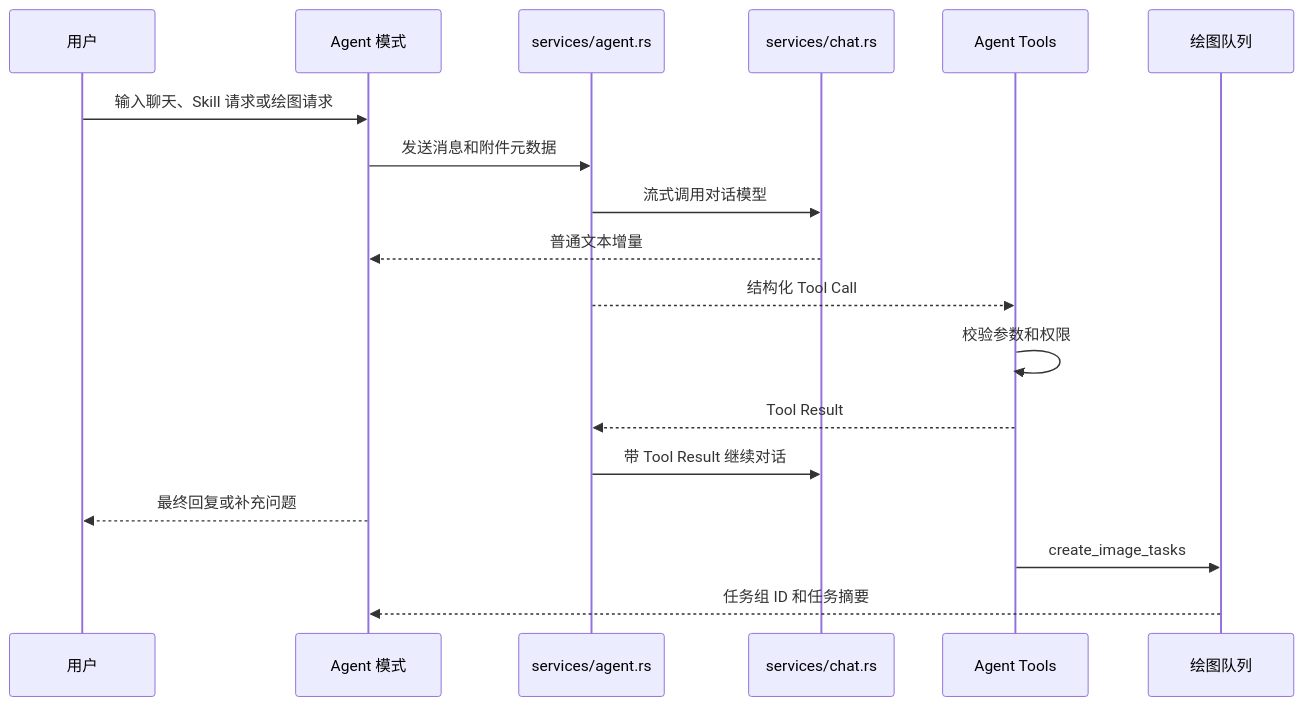
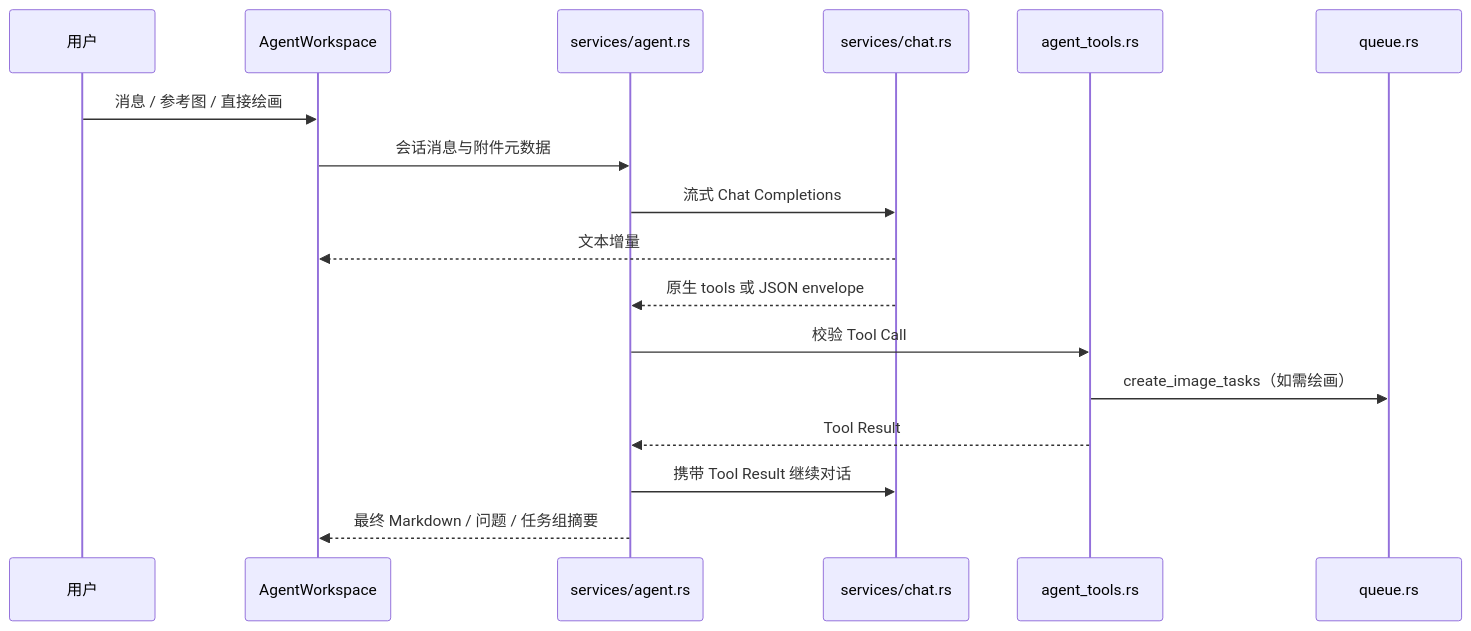
Before and after one commit to Tairraos/image-forge: the second of 3 diagrams in docs/technical-design.md, drawn with Mermaid. The commit also changed other lines of this file and 1 other file, not shown here.

````diff
--- a/docs/technical-design.md
+++ b/docs/technical-design.md
@@ -328,21 +122,20 @@
 ```mermaid
 sequenceDiagram
   participant User as 用户
-  participant AgentUI as Agent 模式
+  participant UI as AgentWorkspace
   participant Agent as services/agent.rs
   participant Chat as services/chat.rs
-  participant Tools as Agent Tools
-  participant Queue as 绘图队列
+  participant Tools as agent_tools.rs
+  participant Queue as queue.rs
 
-  User->>AgentUI: 输入聊天、Skill 请求或绘图请求
-  AgentUI->>Agent: 发送消息和附件元数据
-  Agent->>Chat: 流式调用对话模型
-  Chat-->>AgentUI: 普通文本增量
-  Agent-->>Tools: 结构化 Tool Call
-  Tools->>Tools: 校验参数和权限
+  User->>UI: 消息 / 参考图 / 直接绘画
+  UI->>Agent: 会话消息与附件元数据
+  Agent->>Chat: 流式 Chat Completions
+  Chat-->>UI: 文本增量
+  Chat-->>Agent: 原生 tools 或 JSON envelope
+  Agent->>Tools: 校验 Tool Call
+  Tools->>Queue: create_image_tasks（如需绘画）
   Tools-->>Agent: Tool Result
-  Agent->>Chat: 带 Tool Result 继续对话
-  AgentUI-->>User: 最终回复或补充问题
-  Tools->>Queue: create_image_tasks
-  Queue-->>AgentUI: 任务组 ID 和任务摘要
+  Agent->>Chat: 携带 Tool Result 继续对话
+  Agent-->>UI: 最终 Markdown / 问题 / 任务组摘要
 ```
````
